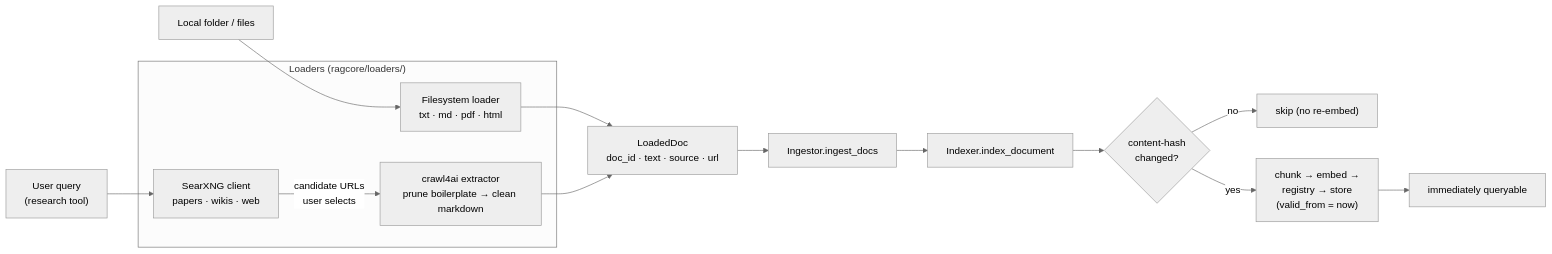
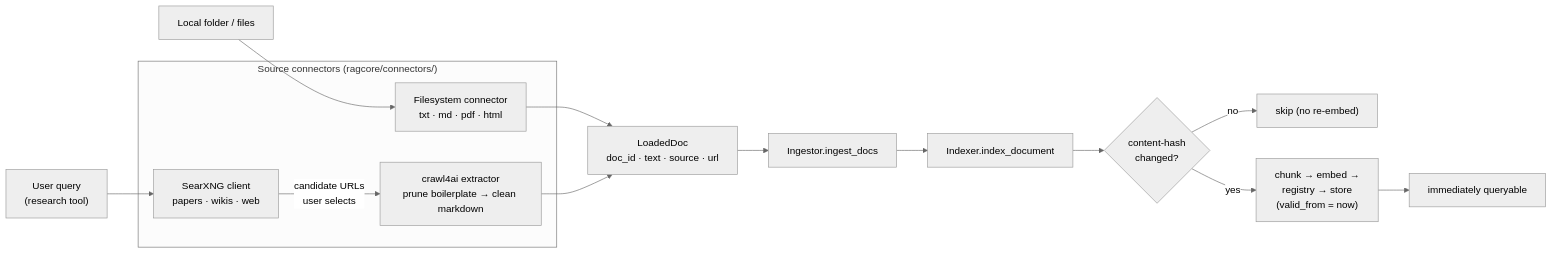
One commit to krish-patel1003/RAG changed the second of 4 diagrams in ARCHITECTURE.md. Above: the diagram before and after it, drawn with Mermaid (neutral theme). The commit also changed other lines of this file and 14 other files, not shown here.

````diff
--- a/ARCHITECTURE.md
+++ b/ARCHITECTURE.md
@@ -166,19 +167,19 @@
 ```mermaid
 flowchart LR
-    subgraph Loaders["Loaders (ragcore/loaders/)"]
-        FS["Filesystem loader<br/>txt · md · pdf · html"]
+    subgraph Connectors["Source connectors (ragcore/connectors/)"]
+        FS["Filesystem connector<br/>txt · md · pdf · html"]
         SX["SearXNG client<br/>papers · wikis · web"]
         C4["crawl4ai extractor<br/>prune boilerplate → clean markdown"]
     end
     FSRC["Local folder / files"] --> FS
     USER["User query<br/>(research tool)"] --> SX
     SX -->|candidate URLs<br/>user selects| C4
     FS --> LD["LoadedDoc<br/>doc_id · text · source · url"]
     C4 --> LD
     LD --> ING["Ingestor.ingest_docs"]
     ING --> IDX["Indexer.index_document"]
     IDX --> GATE{"content-hash<br/>changed?"}
     GATE -->|no| SKIP["skip (no re-embed)"]
     GATE -->|yes| PIPE["chunk → embed →<br/>registry → store<br/>(valid_from = now)"]
     PIPE --> Q["immediately queryable"]
 ```
````
